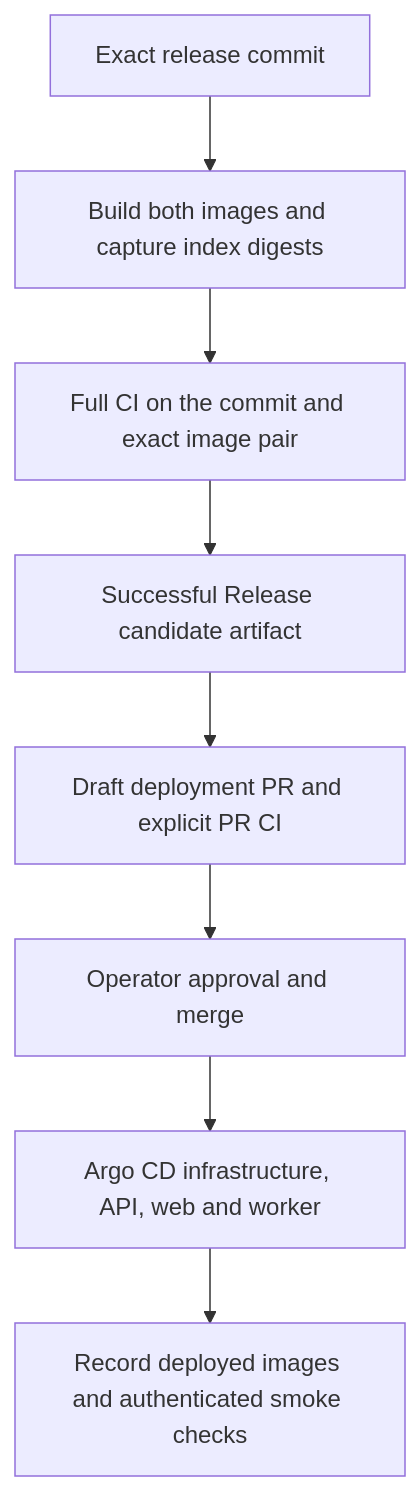
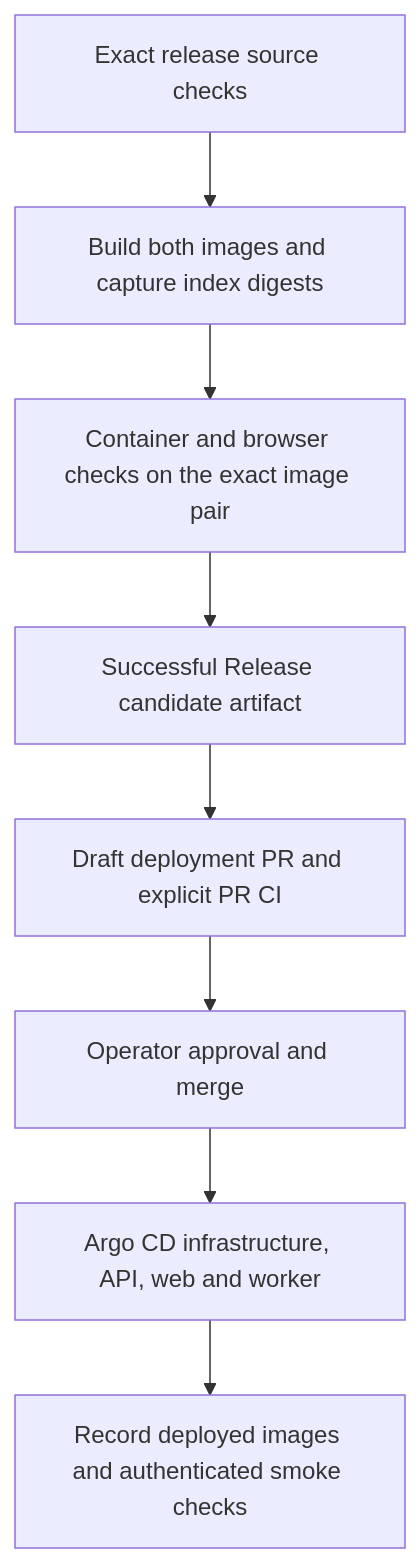
One commit to narumiruna/logice changed the diagram in docs/deployment.md. Above: the diagram before and after it, drawn with Mermaid. The commit also changed other lines of this file and 9 other files, not shown here.

Commit message:
refactor(ci): simplify release validation and image publication

````diff
--- a/docs/deployment.md
+++ b/docs/deployment.md
@@ -9,10 +9,10 @@
 ```mermaid
 flowchart TD
-    A[Exact release commit] --> B[Build both images and capture index digests]
-    B --> C[Full CI on the commit and exact image pair]
+    A[Exact release source checks] --> B[Build both images and capture index digests]
+    B --> C[Container and browser checks on the exact image pair]
     C --> D[Successful Release candidate artifact]
     D --> E[Draft deployment PR and explicit PR CI]
     E --> F[Operator approval and merge]
     F --> G[Argo CD infrastructure, API, web and worker]
     G --> H[Record deployed images and authenticated smoke checks]
 ```
````
